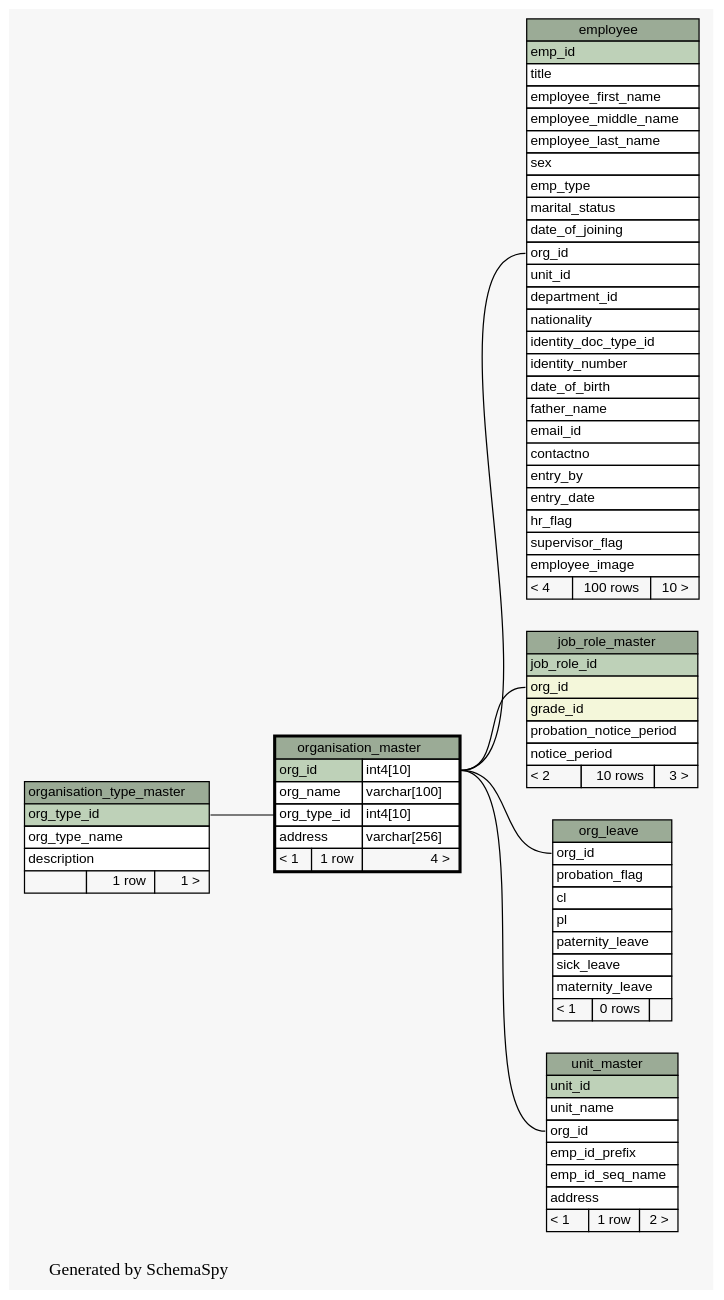
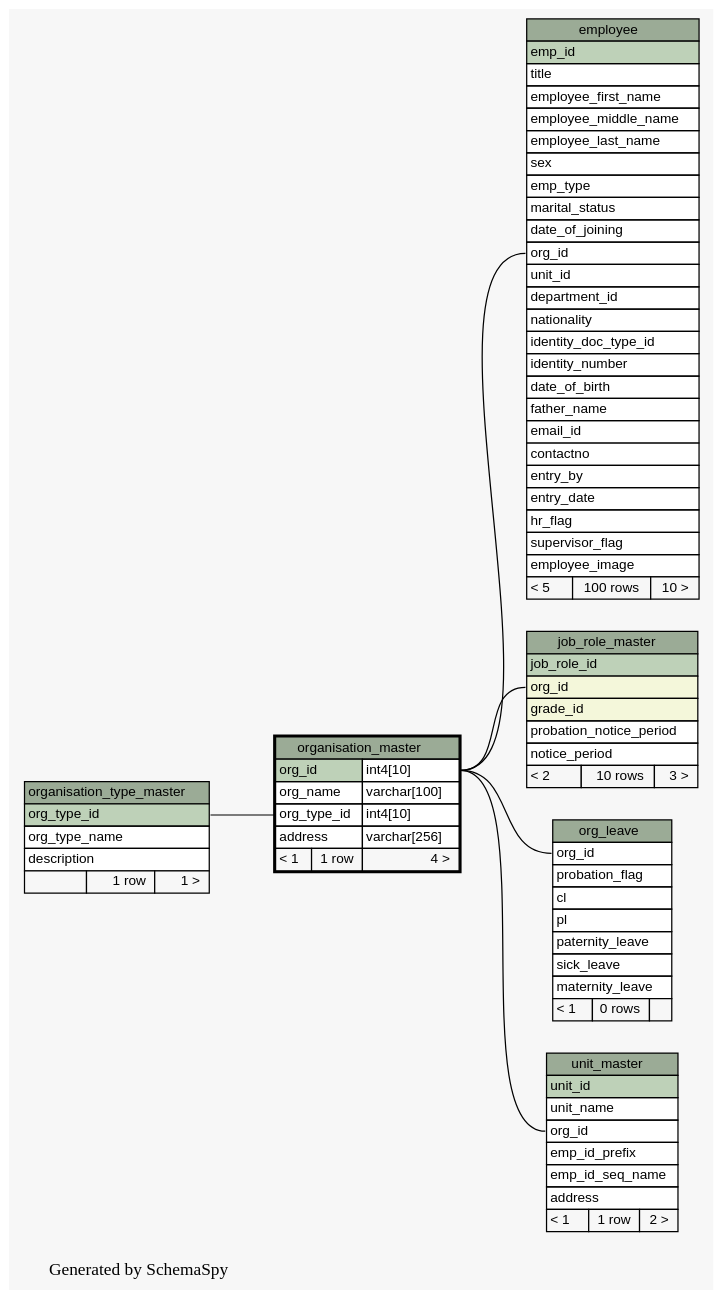
Before and after one commit to engineerscraft/hrms: the diagram in docs/database/schemaspy/graphs/organisation_master.1degree.dot, drawn with Graphviz. The commit also changed 204 other files, not shown here.

```diff
--- a/docs/database/schemaspy/graphs/organisation_master.1degree.dot
+++ b/docs/database/schemaspy/graphs/organisation_master.1degree.dot
@@ -1,125 +1,125 @@
 // dot 2.38.0 on Windows 7 6.1
 digraph "oneDegreeRelationshipsGraph" {
   graph [
     rankdir="RL"
     bgcolor="#f7f7f7"
     label="\nGenerated by SchemaSpy"
     labeljust="l"
   ];
   node [
     fontname="Helvetica"
     fontsize="11"
     shape="plaintext"
   ];
   edge [
     arrowsize="0.8"
   ];
   "employee":"org_id":w -> "organisation_master":"org_id.type":e [arrowtail=crowodot arrowhead=none];
   "job_role_master":"org_id":w -> "organisation_master":"org_id.type":e [arrowtail=crowtee arrowhead=none];
   "org_leave":"org_id":w -> "organisation_master":"org_id.type":e [arrowtail=crowodot arrowhead=none];
   "organisation_master":"org_type_id":w -> "organisation_type_master":"org_type_id":e [arrowtail=crowodot arrowhead=none];
   "unit_master":"org_id":w -> "organisation_master":"org_id.type":e [arrowtail=crowodot arrowhead=none];
   "employee" [
     label=<
     <TABLE BORDER="0" CELLBORDER="1" CELLSPACING="0" BGCOLOR="#ffffff">
       <TR><TD PORT="employee.heading" COLSPAN="3" BGCOLOR="#9bab96" ALIGN="CENTER">employee</TD></TR>
       <TR><TD PORT="emp_id" COLSPAN="3" BGCOLOR="#bed1b8" ALIGN="LEFT">emp_id</TD></TR>
       <TR><TD PORT="title" COLSPAN="3" ALIGN="LEFT">title</TD></TR>
       <TR><TD PORT="employee_first_name" COLSPAN="3" ALIGN="LEFT">employee_first_name</TD></TR>
       <TR><TD PORT="employee_middle_name" COLSPAN="3" ALIGN="LEFT">employee_middle_name</TD></TR>
       <TR><TD PORT="employee_last_name" COLSPAN="3" ALIGN="LEFT">employee_last_name</TD></TR>
       <TR><TD PORT="sex" COLSPAN="3" ALIGN="LEFT">sex</TD></TR>
       <TR><TD PORT="emp_type" COLSPAN="3" ALIGN="LEFT">emp_type</TD></TR>
       <TR><TD PORT="marital_status" COLSPAN="3" ALIGN="LEFT">marital_status</TD></TR>
       <TR><TD PORT="date_of_joining" COLSPAN="3" ALIGN="LEFT">date_of_joining</TD></TR>
       <TR><TD PORT="org_id" COLSPAN="3" ALIGN="LEFT">org_id</TD></TR>
       <TR><TD PORT="unit_id" COLSPAN="3" ALIGN="LEFT">unit_id</TD></TR>
       <TR><TD PORT="department_id" COLSPAN="3" ALIGN="LEFT">department_id</TD></TR>
       <TR><TD PORT="nationality" COLSPAN="3" ALIGN="LEFT">nationality</TD></TR>
       <TR><TD PORT="identity_doc_type_id" COLSPAN="3" ALIGN="LEFT">identity_doc_type_id</TD></TR>
       <TR><TD PORT="identity_number" COLSPAN="3" ALIGN="LEFT">identity_number</TD></TR>
       <TR><TD PORT="date_of_birth" COLSPAN="3" ALIGN="LEFT">date_of_birth</TD></TR>
       <TR><TD PORT="father_name" COLSPAN="3" ALIGN="LEFT">father_name</TD></TR>
       <TR><TD PORT="email_id" COLSPAN="3" ALIGN="LEFT">email_id</TD></TR>
       <TR><TD PORT="contactno" COLSPAN="3" ALIGN="LEFT">contactno</TD></TR>
       <TR><TD PORT="entry_by" COLSPAN="3" ALIGN="LEFT">entry_by</TD></TR>
       <TR><TD PORT="entry_date" COLSPAN="3" ALIGN="LEFT">entry_date</TD></TR>
       <TR><TD PORT="hr_flag" COLSPAN="3" ALIGN="LEFT">hr_flag</TD></TR>
       <TR><TD PORT="supervisor_flag" COLSPAN="3" ALIGN="LEFT">supervisor_flag</TD></TR>
       <TR><TD PORT="employee_image" COLSPAN="3" ALIGN="LEFT">employee_image</TD></TR>
-      <TR><TD ALIGN="LEFT" BGCOLOR="#f7f7f7">&lt; 4</TD><TD ALIGN="RIGHT" BGCOLOR="#f7f7f7">100 rows</TD><TD ALIGN="RIGHT" BGCOLOR="#f7f7f7">10 &gt;</TD></TR>
+      <TR><TD ALIGN="LEFT" BGCOLOR="#f7f7f7">&lt; 5</TD><TD ALIGN="RIGHT" BGCOLOR="#f7f7f7">100 rows</TD><TD ALIGN="RIGHT" BGCOLOR="#f7f7f7">10 &gt;</TD></TR>
     </TABLE>>
     URL="employee.html#graph"
     tooltip="employee"
   ];
   "job_role_master" [
     label=<
     <TABLE BORDER="0" CELLBORDER="1" CELLSPACING="0" BGCOLOR="#ffffff">
       <TR><TD PORT="job_role_master.heading" COLSPAN="3" BGCOLOR="#9bab96" ALIGN="CENTER">job_role_master</TD></TR>
       <TR><TD PORT="job_role_id" COLSPAN="3" BGCOLOR="#bed1b8" ALIGN="LEFT">job_role_id</TD></TR>
       <TR><TD PORT="org_id" COLSPAN="3" BGCOLOR="#f4f7da" ALIGN="LEFT">org_id</TD></TR>
       <TR><TD PORT="grade_id" COLSPAN="3" BGCOLOR="#f4f7da" ALIGN="LEFT">grade_id</TD></TR>
       <TR><TD PORT="probation_notice_period" COLSPAN="3" ALIGN="LEFT">probation_notice_period</TD></TR>
       <TR><TD PORT="notice_period" COLSPAN="3" ALIGN="LEFT">notice_period</TD></TR>
       <TR><TD ALIGN="LEFT" BGCOLOR="#f7f7f7">&lt; 2</TD><TD ALIGN="RIGHT" BGCOLOR="#f7f7f7">10 rows</TD><TD ALIGN="RIGHT" BGCOLOR="#f7f7f7">3 &gt;</TD></TR>
     </TABLE>>
     URL="job_role_master.html#graph"
     tooltip="job_role_master"
   ];
   "org_leave" [
     label=<
     <TABLE BORDER="0" CELLBORDER="1" CELLSPACING="0" BGCOLOR="#ffffff">
       <TR><TD PORT="org_leave.heading" COLSPAN="3" BGCOLOR="#9bab96" ALIGN="CENTER">org_leave</TD></TR>
       <TR><TD PORT="org_id" COLSPAN="3" ALIGN="LEFT">org_id</TD></TR>
       <TR><TD PORT="probation_flag" COLSPAN="3" ALIGN="LEFT">probation_flag</TD></TR>
       <TR><TD PORT="cl" COLSPAN="3" ALIGN="LEFT">cl</TD></TR>
       <TR><TD PORT="pl" COLSPAN="3" ALIGN="LEFT">pl</TD></TR>
       <TR><TD PORT="paternity_leave" COLSPAN="3" ALIGN="LEFT">paternity_leave</TD></TR>
       <TR><TD PORT="sick_leave" COLSPAN="3" ALIGN="LEFT">sick_leave</TD></TR>
       <TR><TD PORT="maternity_leave" COLSPAN="3" ALIGN="LEFT">maternity_leave</TD></TR>
       <TR><TD ALIGN="LEFT" BGCOLOR="#f7f7f7">&lt; 1</TD><TD ALIGN="RIGHT" BGCOLOR="#f7f7f7">0 rows</TD><TD ALIGN="RIGHT" BGCOLOR="#f7f7f7">  </TD></TR>
     </TABLE>>
     URL="org_leave.html#graph"
     tooltip="org_leave"
   ];
   "organisation_master" [
     label=<
     <TABLE BORDER="2" CELLBORDER="1" CELLSPACING="0" BGCOLOR="#ffffff">
       <TR><TD PORT="organisation_master.heading" COLSPAN="3" BGCOLOR="#9bab96" ALIGN="CENTER">organisation_master</TD></TR>
       <TR><TD PORT="org_id" COLSPAN="2" BGCOLOR="#bed1b8" ALIGN="LEFT">org_id</TD><TD PORT="org_id.type" ALIGN="LEFT">int4[10]</TD></TR>
       <TR><TD PORT="org_name" COLSPAN="2" ALIGN="LEFT">org_name</TD><TD PORT="org_name.type" ALIGN="LEFT">varchar[100]</TD></TR>
       <TR><TD PORT="org_type_id" COLSPAN="2" ALIGN="LEFT">org_type_id</TD><TD PORT="org_type_id.type" ALIGN="LEFT">int4[10]</TD></TR>
       <TR><TD PORT="address" COLSPAN="2" ALIGN="LEFT">address</TD><TD PORT="address.type" ALIGN="LEFT">varchar[256]</TD></TR>
       <TR><TD ALIGN="LEFT" BGCOLOR="#f7f7f7">&lt; 1</TD><TD ALIGN="RIGHT" BGCOLOR="#f7f7f7">1 row</TD><TD ALIGN="RIGHT" BGCOLOR="#f7f7f7">4 &gt;</TD></TR>
     </TABLE>>
     URL="organisation_master.html#"
     tooltip="organisation_master"
   ];
   "organisation_type_master" [
     label=<
     <TABLE BORDER="0" CELLBORDER="1" CELLSPACING="0" BGCOLOR="#ffffff">
       <TR><TD PORT="organisation_type_master.heading" COLSPAN="3" BGCOLOR="#9bab96" ALIGN="CENTER">organisation_type_master</TD></TR>
       <TR><TD PORT="org_type_id" COLSPAN="3" BGCOLOR="#bed1b8" ALIGN="LEFT">org_type_id</TD></TR>
       <TR><TD PORT="org_type_name" COLSPAN="3" ALIGN="LEFT">org_type_name</TD></TR>
       <TR><TD PORT="description" COLSPAN="3" ALIGN="LEFT">description</TD></TR>
       <TR><TD ALIGN="LEFT" BGCOLOR="#f7f7f7">  </TD><TD ALIGN="RIGHT" BGCOLOR="#f7f7f7">1 row</TD><TD ALIGN="RIGHT" BGCOLOR="#f7f7f7">1 &gt;</TD></TR>
     </TABLE>>
     URL="organisation_type_master.html#graph"
     tooltip="organisation_type_master"
   ];
   "unit_master" [
     label=<
     <TABLE BORDER="0" CELLBORDER="1" CELLSPACING="0" BGCOLOR="#ffffff">
       <TR><TD PORT="unit_master.heading" COLSPAN="3" BGCOLOR="#9bab96" ALIGN="CENTER">unit_master</TD></TR>
       <TR><TD PORT="unit_id" COLSPAN="3" BGCOLOR="#bed1b8" ALIGN="LEFT">unit_id</TD></TR>
       <TR><TD PORT="unit_name" COLSPAN="3" ALIGN="LEFT">unit_name</TD></TR>
       <TR><TD PORT="org_id" COLSPAN="3" ALIGN="LEFT">org_id</TD></TR>
       <TR><TD PORT="emp_id_prefix" COLSPAN="3" ALIGN="LEFT">emp_id_prefix</TD></TR>
       <TR><TD PORT="emp_id_seq_name" COLSPAN="3" ALIGN="LEFT">emp_id_seq_name</TD></TR>
       <TR><TD PORT="address" COLSPAN="3" ALIGN="LEFT">address</TD></TR>
       <TR><TD ALIGN="LEFT" BGCOLOR="#f7f7f7">&lt; 1</TD><TD ALIGN="RIGHT" BGCOLOR="#f7f7f7">1 row</TD><TD ALIGN="RIGHT" BGCOLOR="#f7f7f7">2 &gt;</TD></TR>
     </TABLE>>
     URL="unit_master.html#graph"
     tooltip="unit_master"
   ];
 }
```
